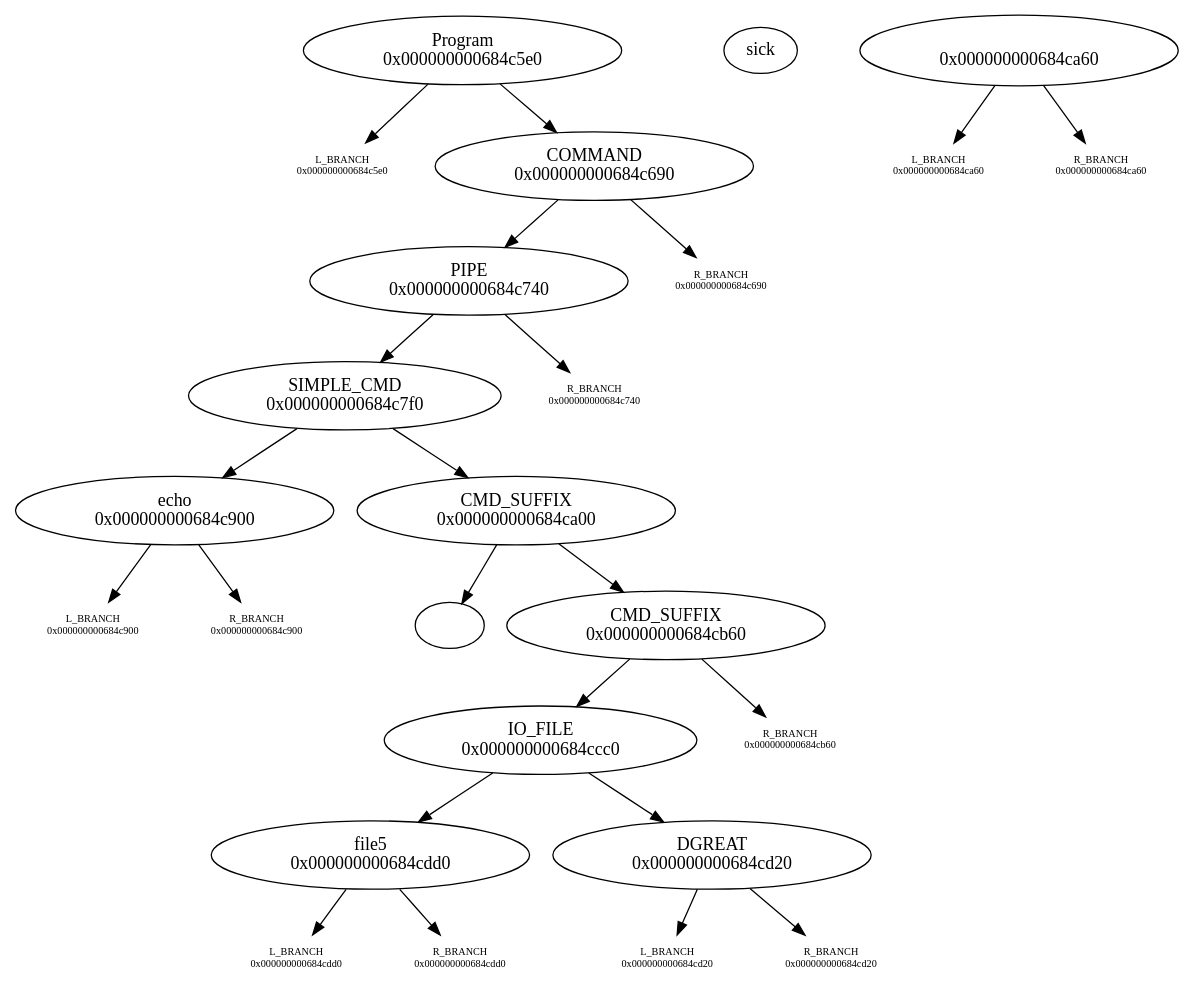
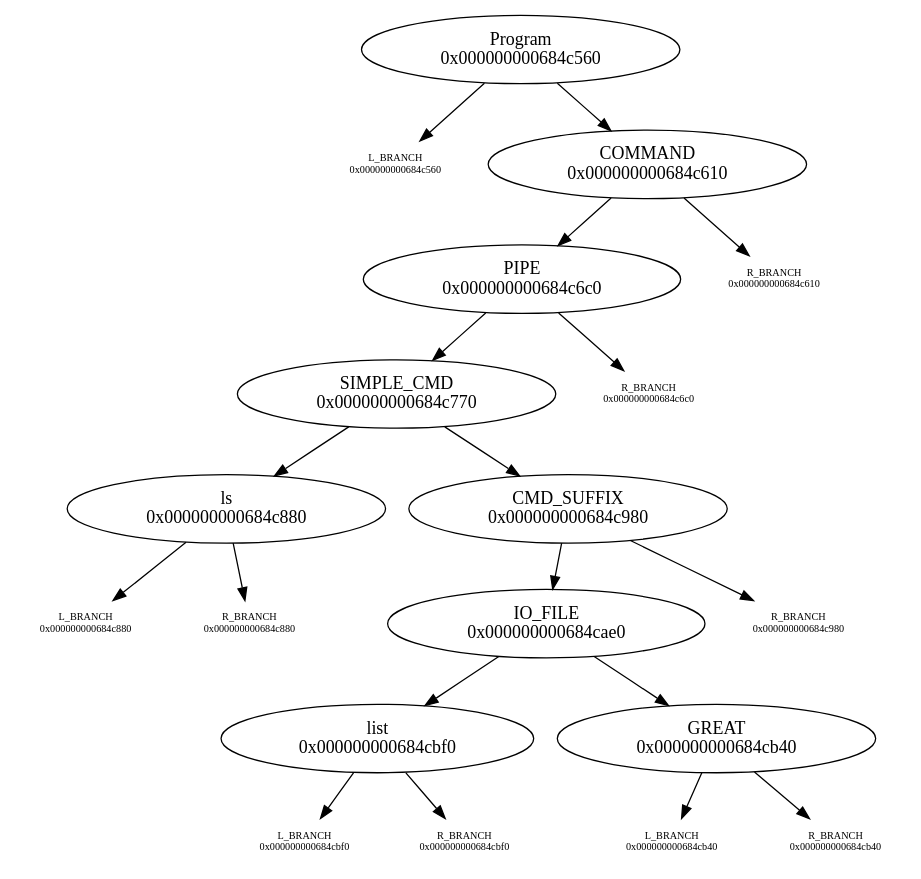
Before and after one commit to N-4-Nina/Minishell: the diagram in graph.dot, drawn with Graphviz. The commit also changed 6 other files, not shown here.

```diff
--- a/graph.dot
+++ b/graph.dot
@@ -1,37 +1,31 @@
 digraph graphname {
-"Program\n0x000000000684c5e0" -> "L_BRANCH\n0x000000000684c5e0";
-"L_BRANCH\n0x000000000684c5e0" [shape=none fontsize=8]
-"Program\n0x000000000684c5e0" -> "COMMAND\n0x000000000684c690";
-"COMMAND\n0x000000000684c690" -> "PIPE\n0x000000000684c740";
-"COMMAND\n0x000000000684c690" -> "R_BRANCH\n0x000000000684c690";
-"R_BRANCH\n0x000000000684c690" [shape=none fontsize=8]
-"PIPE\n0x000000000684c740" -> "SIMPLE_CMD\n0x000000000684c7f0";
-"PIPE\n0x000000000684c740" -> "R_BRANCH\n0x000000000684c740";
-"R_BRANCH\n0x000000000684c740" [shape=none fontsize=8]
-"SIMPLE_CMD\n0x000000000684c7f0" -> "echo\n0x000000000684c900";
-"SIMPLE_CMD\n0x000000000684c7f0" -> "CMD_SUFFIX\n0x000000000684ca00";
-"echo\n0x000000000684c900" -> "L_BRANCH\n0x000000000684c900";
-"L_BRANCH\n0x000000000684c900" [shape=none fontsize=8]
-"echo\n0x000000000684c900" -> "R_BRANCH\n0x000000000684c900";
-"R_BRANCH\n0x000000000684c900" [shape=none fontsize=8]
-"CMD_SUFFIX\n0x000000000684ca00" -> ""sick"\n0x000000000684ca60";
-"CMD_SUFFIX\n0x000000000684ca00" -> "CMD_SUFFIX\n0x000000000684cb60";
-""sick"\n0x000000000684ca60" -> "L_BRANCH\n0x000000000684ca60";
-"L_BRANCH\n0x000000000684ca60" [shape=none fontsize=8]
-""sick"\n0x000000000684ca60" -> "R_BRANCH\n0x000000000684ca60";
-"R_BRANCH\n0x000000000684ca60" [shape=none fontsize=8]
-"CMD_SUFFIX\n0x000000000684cb60" -> "IO_FILE\n0x000000000684ccc0";
-"CMD_SUFFIX\n0x000000000684cb60" -> "R_BRANCH\n0x000000000684cb60";
-"R_BRANCH\n0x000000000684cb60" [shape=none fontsize=8]
-"IO_FILE\n0x000000000684ccc0" -> "file5\n0x000000000684cdd0";
-"IO_FILE\n0x000000000684ccc0" -> "DGREAT\n0x000000000684cd20";
-"file5\n0x000000000684cdd0" -> "L_BRANCH\n0x000000000684cdd0";
-"L_BRANCH\n0x000000000684cdd0" [shape=none fontsize=8]
-"file5\n0x000000000684cdd0" -> "R_BRANCH\n0x000000000684cdd0";
-"R_BRANCH\n0x000000000684cdd0" [shape=none fontsize=8]
-"DGREAT\n0x000000000684cd20" -> "L_BRANCH\n0x000000000684cd20";
-"L_BRANCH\n0x000000000684cd20" [shape=none fontsize=8]
-"DGREAT\n0x000000000684cd20" -> "R_BRANCH\n0x000000000684cd20";
-"R_BRANCH\n0x000000000684cd20" [shape=none fontsize=8]
+"Program\n0x000000000684c560" -> "L_BRANCH\n0x000000000684c560";
+"L_BRANCH\n0x000000000684c560" [shape=none fontsize=8]
+"Program\n0x000000000684c560" -> "COMMAND\n0x000000000684c610";
+"COMMAND\n0x000000000684c610" -> "PIPE\n0x000000000684c6c0";
+"COMMAND\n0x000000000684c610" -> "R_BRANCH\n0x000000000684c610";
+"R_BRANCH\n0x000000000684c610" [shape=none fontsize=8]
+"PIPE\n0x000000000684c6c0" -> "SIMPLE_CMD\n0x000000000684c770";
+"PIPE\n0x000000000684c6c0" -> "R_BRANCH\n0x000000000684c6c0";
+"R_BRANCH\n0x000000000684c6c0" [shape=none fontsize=8]
+"SIMPLE_CMD\n0x000000000684c770" -> "ls\n0x000000000684c880";
+"SIMPLE_CMD\n0x000000000684c770" -> "CMD_SUFFIX\n0x000000000684c980";
+"ls\n0x000000000684c880" -> "L_BRANCH\n0x000000000684c880";
+"L_BRANCH\n0x000000000684c880" [shape=none fontsize=8]
+"ls\n0x000000000684c880" -> "R_BRANCH\n0x000000000684c880";
+"R_BRANCH\n0x000000000684c880" [shape=none fontsize=8]
+"CMD_SUFFIX\n0x000000000684c980" -> "IO_FILE\n0x000000000684cae0";
+"CMD_SUFFIX\n0x000000000684c980" -> "R_BRANCH\n0x000000000684c980";
+"R_BRANCH\n0x000000000684c980" [shape=none fontsize=8]
+"IO_FILE\n0x000000000684cae0" -> "list\n0x000000000684cbf0";
+"IO_FILE\n0x000000000684cae0" -> "GREAT\n0x000000000684cb40";
+"list\n0x000000000684cbf0" -> "L_BRANCH\n0x000000000684cbf0";
+"L_BRANCH\n0x000000000684cbf0" [shape=none fontsize=8]
+"list\n0x000000000684cbf0" -> "R_BRANCH\n0x000000000684cbf0";
+"R_BRANCH\n0x000000000684cbf0" [shape=none fontsize=8]
+"GREAT\n0x000000000684cb40" -> "L_BRANCH\n0x000000000684cb40";
+"L_BRANCH\n0x000000000684cb40" [shape=none fontsize=8]
+"GREAT\n0x000000000684cb40" -> "R_BRANCH\n0x000000000684cb40";
+"R_BRANCH\n0x000000000684cb40" [shape=none fontsize=8]
 
 }
```
